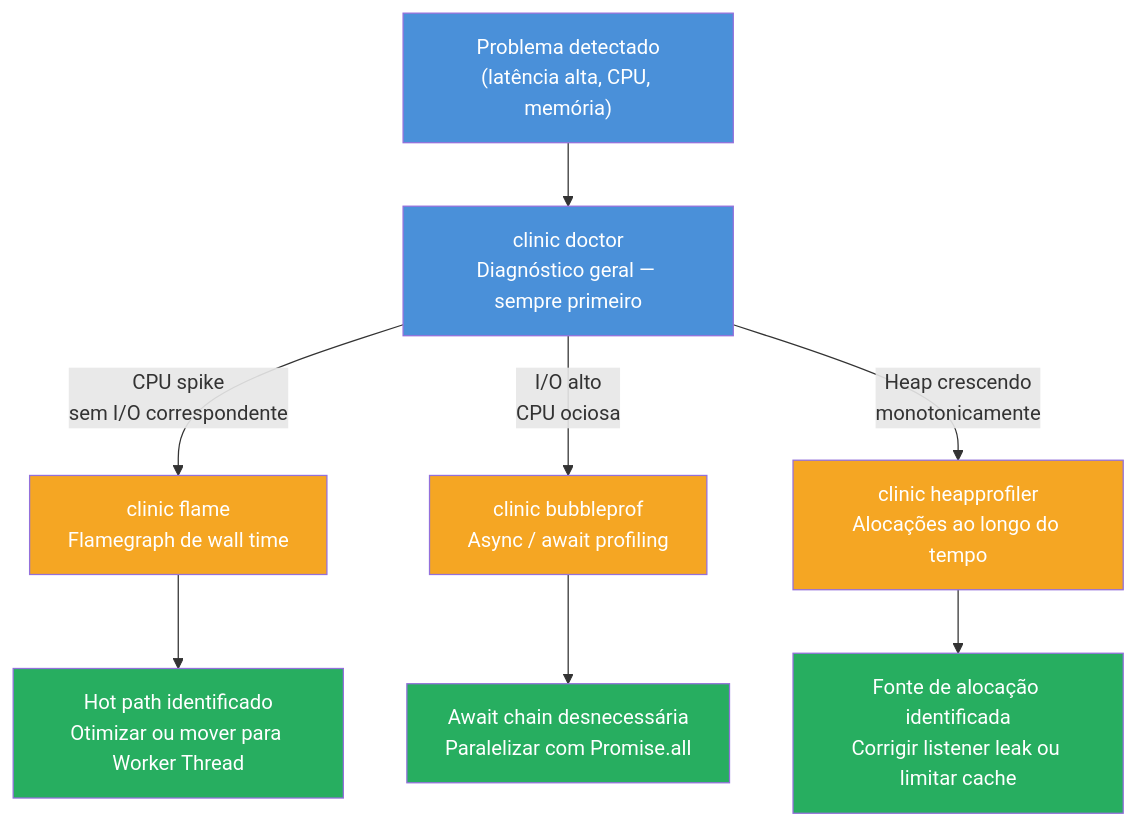
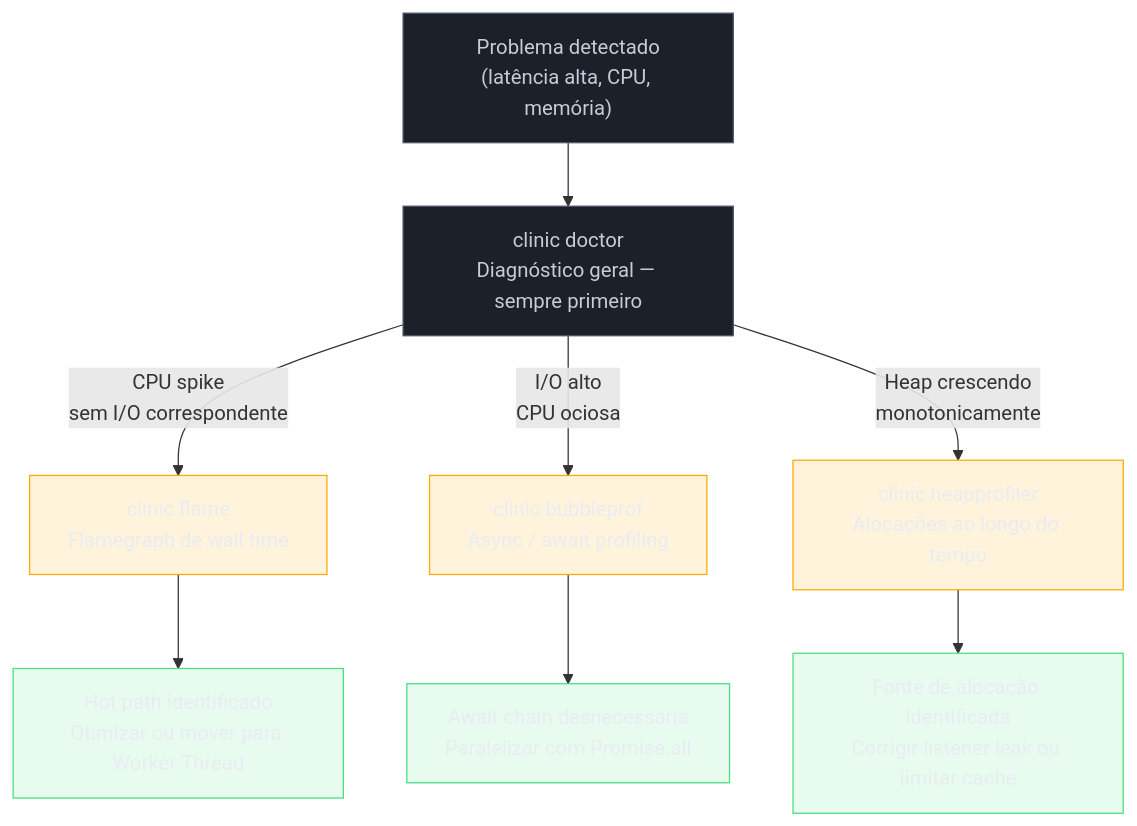
Before and after one commit to josenaldo/codex-technomanticus: the diagram in 03-Dominios/Tecnologia/Node/Observability e produção/07 - Profiling avançado com clinic.js.md, drawn with Mermaid. The commit also changed 1181 other files, not shown here.

First line of the commit message:
fix(diagramas): paleta do sistema no lugar de cor cravada no markdown

````diff
--- a/03-Dominios/Tecnologia/Node/Observability e produção/07 - Profiling avançado com clinic.js.md
+++ b/03-Dominios/Tecnologia/Node/Observability e produção/07 - Profiling avançado com clinic.js.md
@@ -40,19 +40,22 @@
 ```mermaid
 flowchart TD
+    classDef neutro fill:#1B2029,stroke:#4E5666,color:#C6CCD8
+    classDef destaque fill:#FFAA0024,stroke:#FFAA00,color:#E9ECF2
+    classDef ok fill:#4ADE8021,stroke:#4ADE80,color:#E9ECF2
     P["Problema detectado\n(latência alta, CPU, memória)"] --> D["clinic doctor\nDiagnóstico geral — sempre primeiro"]
     D -->|"CPU spike\nsem I/O correspondente"| F["clinic flame\nFlamegraph de wall time"]
     D -->|"I/O alto\nCPU ociosa"| B["clinic bubbleprof\nAsync / await profiling"]
     D -->|"Heap crescendo\nmonotonicamente"| H["clinic heapprofiler\nAlocações ao longo do tempo"]
     F --> R1["Hot path identificado\nOtimizar ou mover para Worker Thread"]
     B --> R2["Await chain desnecessária\nParalelizar com Promise.all"]
     H --> R3["Fonte de alocação identificada\nCorrigir listener leak ou limitar cache"]
 
-    style P fill:#4A90D9,color:#fff
-    style D fill:#4A90D9,color:#fff
-    style F fill:#F5A623,color:#fff
-    style B fill:#F5A623,color:#fff
-    style H fill:#F5A623,color:#fff
-    style R1 fill:#27AE60,color:#fff
-    style R2 fill:#27AE60,color:#fff
-    style R3 fill:#27AE60,color:#fff
+    class P neutro
+    class D neutro
+    class F destaque
+    class B destaque
+    class H destaque
+    class R1 ok
+    class R2 ok
+    class R3 ok
 ```
````
